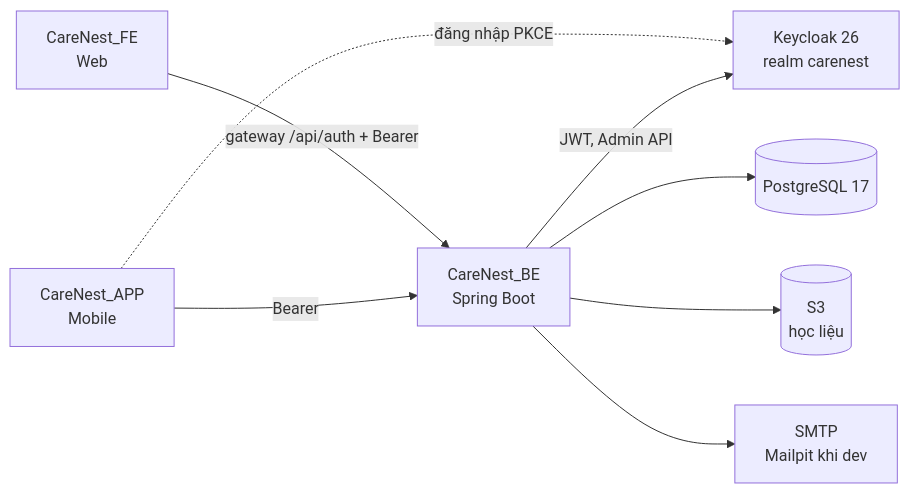
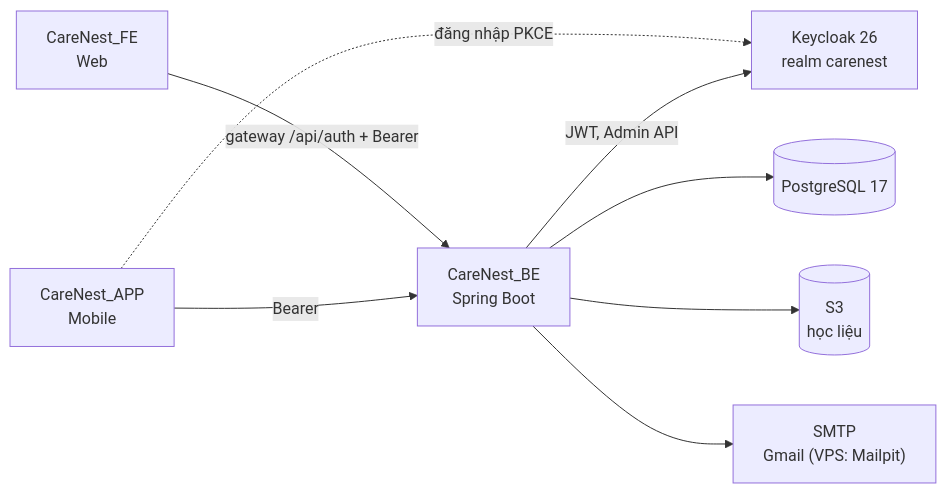
Before and after one commit to thang-04/CareNest_BE: the diagram in README.md, drawn with Mermaid. The commit also changed other lines of this file and 5 other files, not shown here.

````diff
--- a/README.md
+++ b/README.md
@@ -72,10 +72,10 @@
 ```mermaid
 flowchart LR
     W["CareNest_FE<br/>Web"] -->|"gateway /api/auth + Bearer"| API["CareNest_BE<br/>Spring Boot"]
     M["CareNest_APP<br/>Mobile"] -->|"Bearer"| API
     M -.->|"đăng nhập PKCE"| KC["Keycloak 26<br/>realm carenest"]
     API -->|"JWT, Admin API"| KC
     API --> DB[("PostgreSQL 17")]
     API --> S3[("S3<br/>học liệu")]
-    API --> SMTP["SMTP<br/>Mailpit khi dev"]
+    API --> SMTP["SMTP<br/>Gmail (VPS: Mailpit)"]
 ```
````
